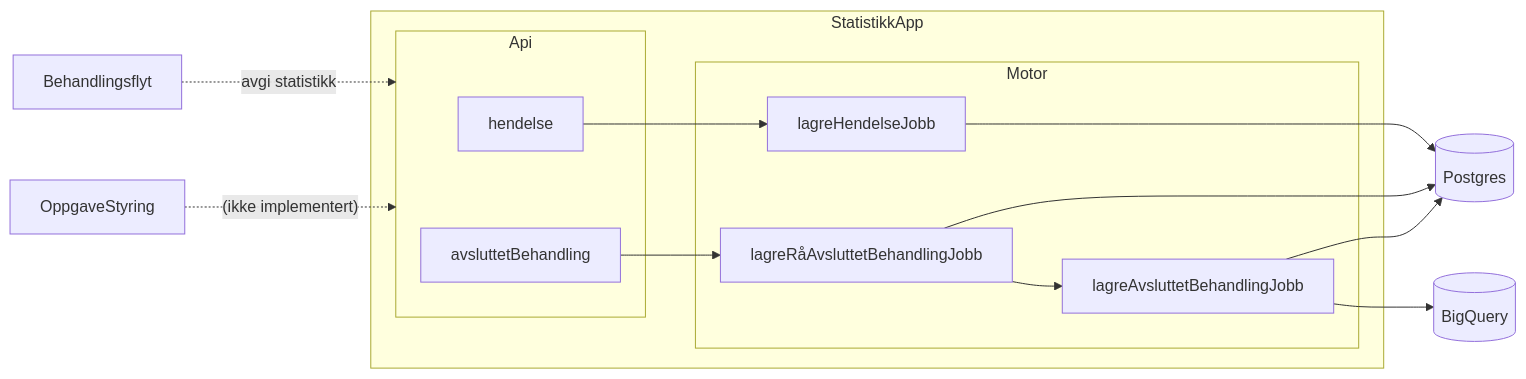
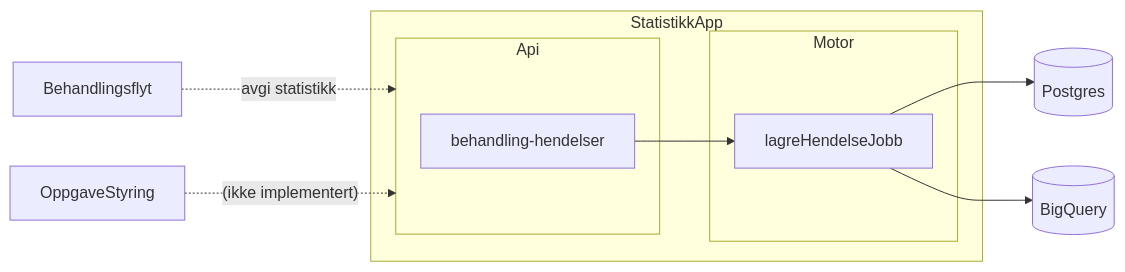
Before and after one commit to navikt/aap-intern-sysdok: the first of 2 diagrams in docs/funksjonalitet/09_Statistikk/teknisk.md, drawn with Mermaid. The commit also changed other lines of this file, not shown here.

````diff
--- a/docs/funksjonalitet/09_Statistikk/teknisk.md
+++ b/docs/funksjonalitet/09_Statistikk/teknisk.md
@@ -56,34 +56,27 @@
 ```mermaid
 graph LR
 BB[Behandlingsflyt]
 OPPG[OppgaveStyring]
 B[(Postgres)]
 C[(BigQuery)]
 
 subgraph StatistikkApp
 
 subgraph Api
-  hendelse
-  avsluttetBehandling
+  hendelse[behandling-hendelser]
 end
 
 subgraph Motor
 
 lagreHendelseJobb
-lagreRåAvsluttetBehandlingJobb
-lagreAvsluttetBehandlingJobb
 
 end
 hendelse --> lagreHendelseJobb
-avsluttetBehandling --> lagreRåAvsluttetBehandlingJobb
 end
 
-lagreRåAvsluttetBehandlingJobb --> B
-lagreRåAvsluttetBehandlingJobb --> lagreAvsluttetBehandlingJobb
 lagreHendelseJobb --> B
-lagreAvsluttetBehandlingJobb --> B
-lagreAvsluttetBehandlingJobb --> C
+lagreHendelseJobb --> C
 
 BB -. avgi statistikk .-> Api
 OPPG -. (ikke implementert) .-> Api
 ```
````
